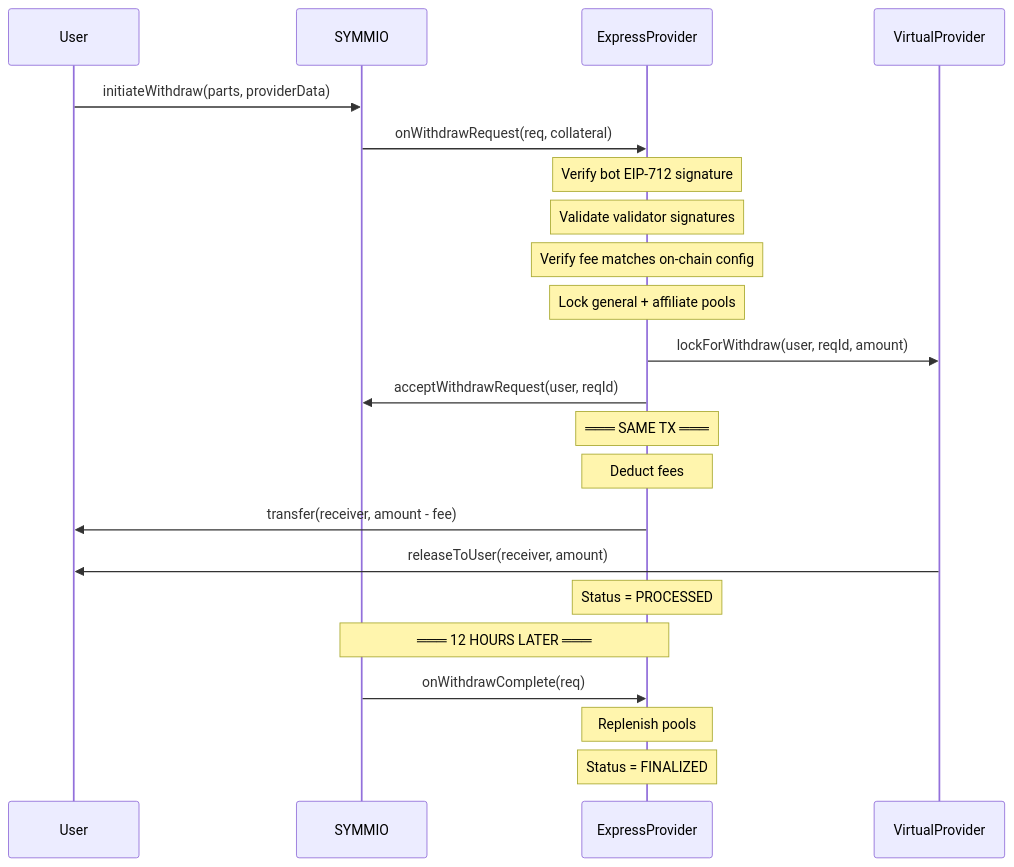
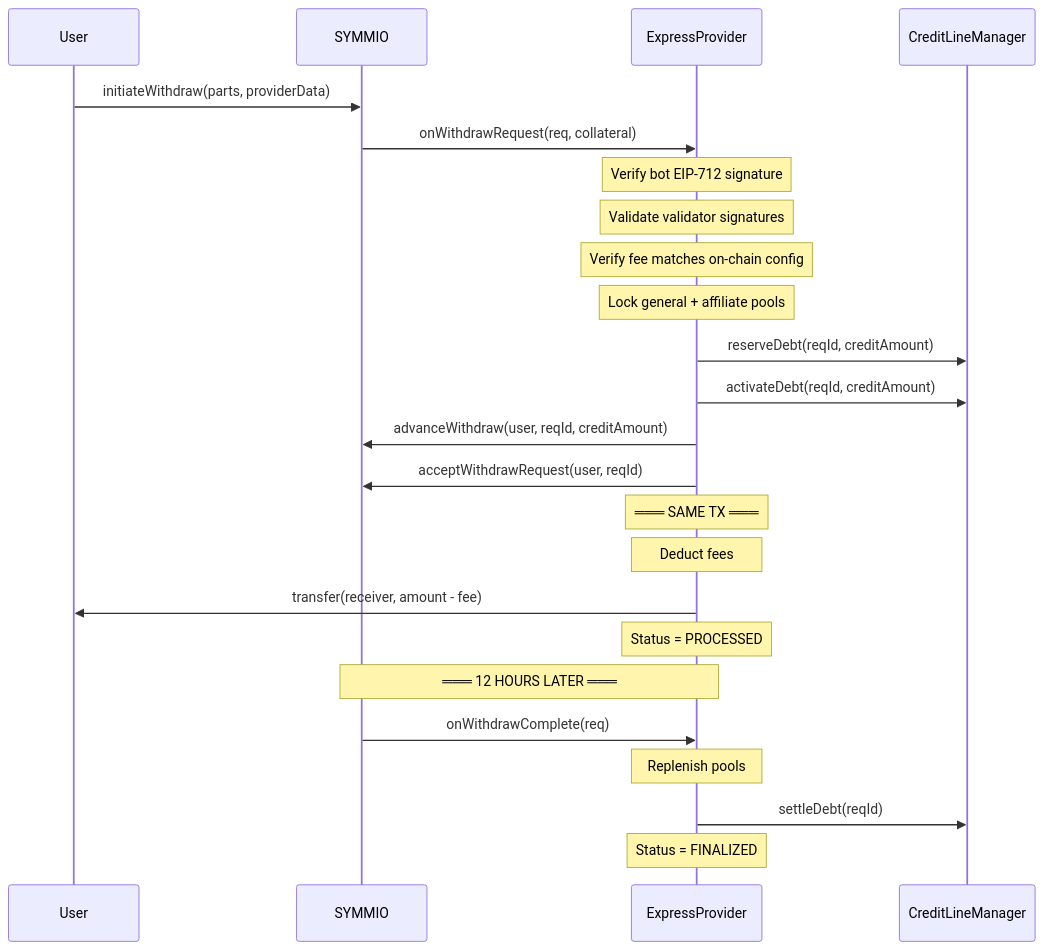
The fourth of 33 diagrams in docs/v0.8.6/express-bot-operations-checklist.md (SYMM-IO/perps-core), drawn with Mermaid before and after one commit. The commit also changed other lines of this file and 9 other files, not shown here.

Commit message:
docs: replace VirtualProvider with Credit Line system in express provider docs

````diff
--- a/docs/v0.8.6/express-bot-operations-checklist.md
+++ b/docs/v0.8.6/express-bot-operations-checklist.md
@@ -269,28 +269,30 @@
 ```mermaid
 sequenceDiagram
     participant U as User
     participant S as SYMMIO
     participant EP as ExpressProvider
-    participant VP as VirtualProvider
+    participant CLM as CreditLineManager
 
     U->>S: initiateWithdraw(parts, providerData)
     S->>EP: onWithdrawRequest(req, collateral)
 
     Note over EP: Verify bot EIP-712 signature
     Note over EP: Validate validator signatures
     Note over EP: Verify fee matches on-chain config
     Note over EP: Lock general + affiliate pools
-    EP->>VP: lockForWithdraw(user, reqId, amount)
+    EP->>CLM: reserveDebt(reqId, creditAmount)
+    EP->>CLM: activateDebt(reqId, creditAmount)
+    EP->>S: advanceWithdraw(user, reqId, creditAmount)
     EP->>S: acceptWithdrawRequest(user, reqId)
 
     Note over EP: ═══ SAME TX ═══
     Note over EP: Deduct fees
     EP->>U: transfer(receiver, amount - fee)
-    VP->>U: releaseToUser(receiver, amount)
     Note over EP: Status = PROCESSED
 
     Note over EP,S: ═══ 12 HOURS LATER ═══
     S->>EP: onWithdrawComplete(req)
     Note over EP: Replenish pools
+    EP->>CLM: settleDebt(reqId)
     Note over EP: Status = FINALIZED
 ```
````
